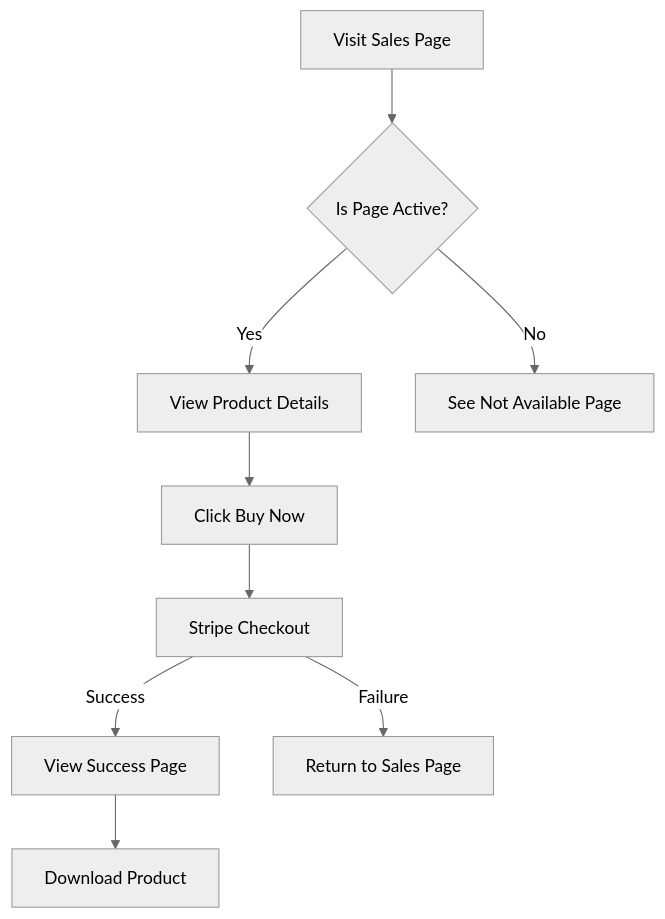
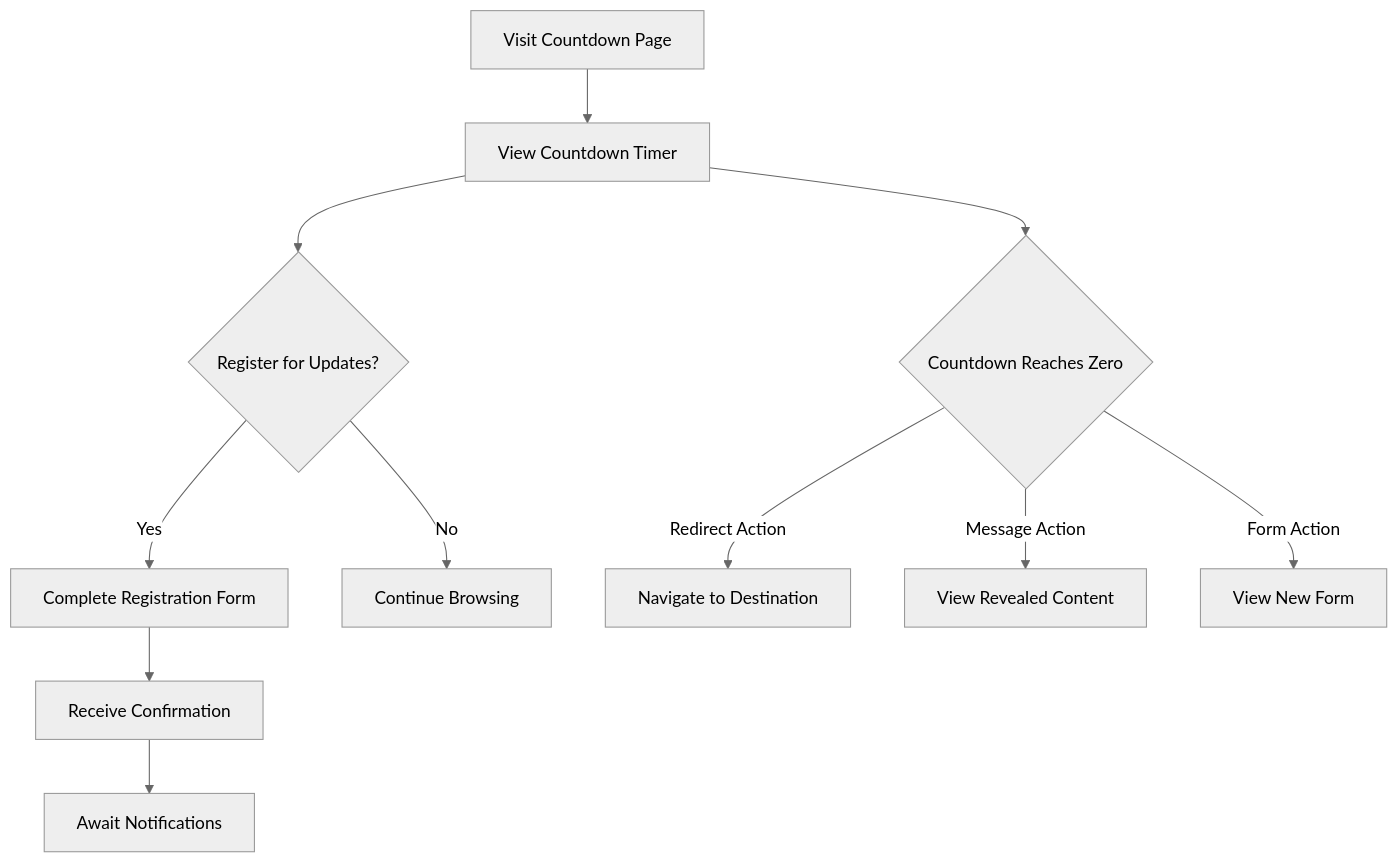
Before and after one commit to hkrickybjjdev/digital-sales-monorepo: the first of 5 diagrams in docs/ui-ux-specification.md, drawn with Mermaid (neutral theme). The commit also changed other lines of this file and 3 other files, not shown here.

Commit message:
Update architecture documentation for Temporary Pages Platform with enhanced page types and lifecycle management details

````diff
--- a/docs/ui-ux-specification.md
+++ b/docs/ui-ux-specification.md
@@ -221,11 +267,13 @@
 ```mermaid
 graph TD
-    A[Visit Sales Page] --> B{Is Page Active?}
-    B -- Yes --> C[View Product Details]
-    B -- No --> D[See Not Available Page]
-    C --> E[Click Buy Now]
-    E --> F[Stripe Checkout]
-    F -- Success --> G[View Success Page]
-    G --> H[Download Product]
-    F -- Failure --> I[Return to Sales Page]
+    A[Visit Countdown Page] --> B[View Countdown Timer]
+    B --> C{Register for Updates?}
+    C -- Yes --> D[Complete Registration Form]
+    C -- No --> E[Continue Browsing]
+    D --> F[Receive Confirmation]
+    F --> G[Await Notifications]
+    B --> H{Countdown Reaches Zero}
+    H -- Redirect Action --> I[Navigate to Destination]
+    H -- Message Action --> J[View Revealed Content]
+    H -- Form Action --> K[View New Form]
 ```
````
